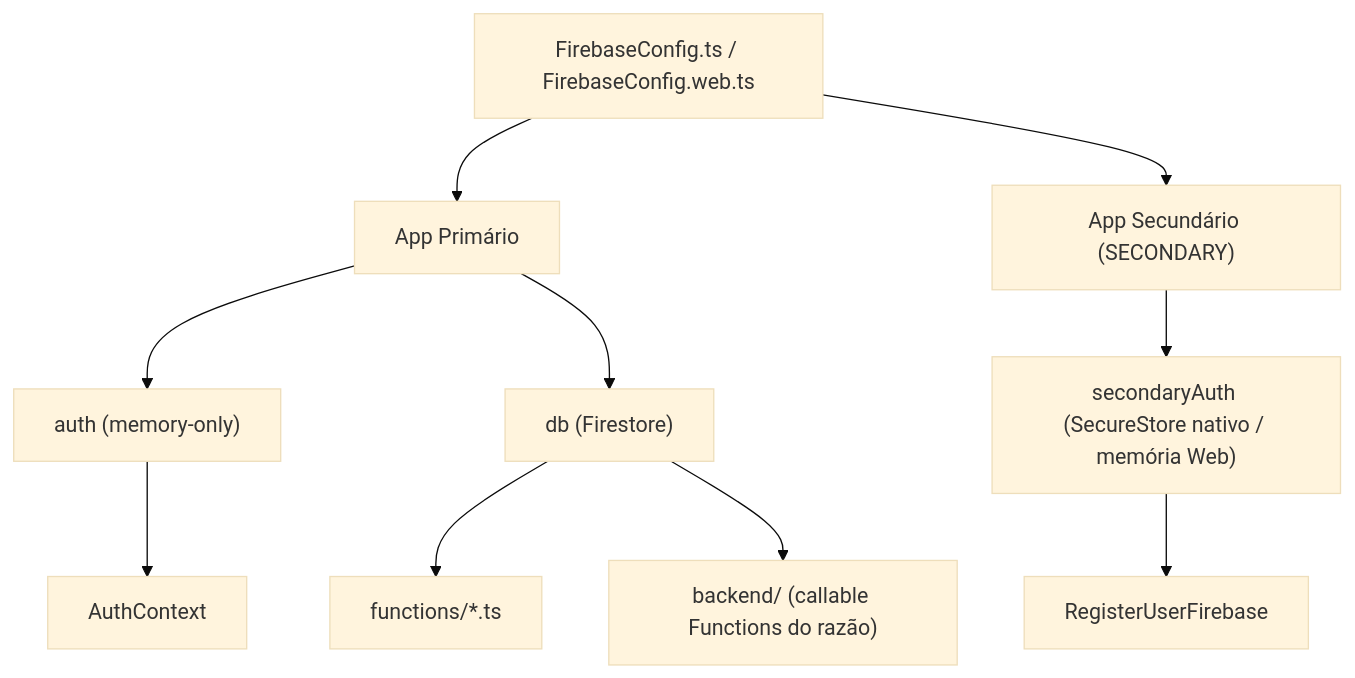
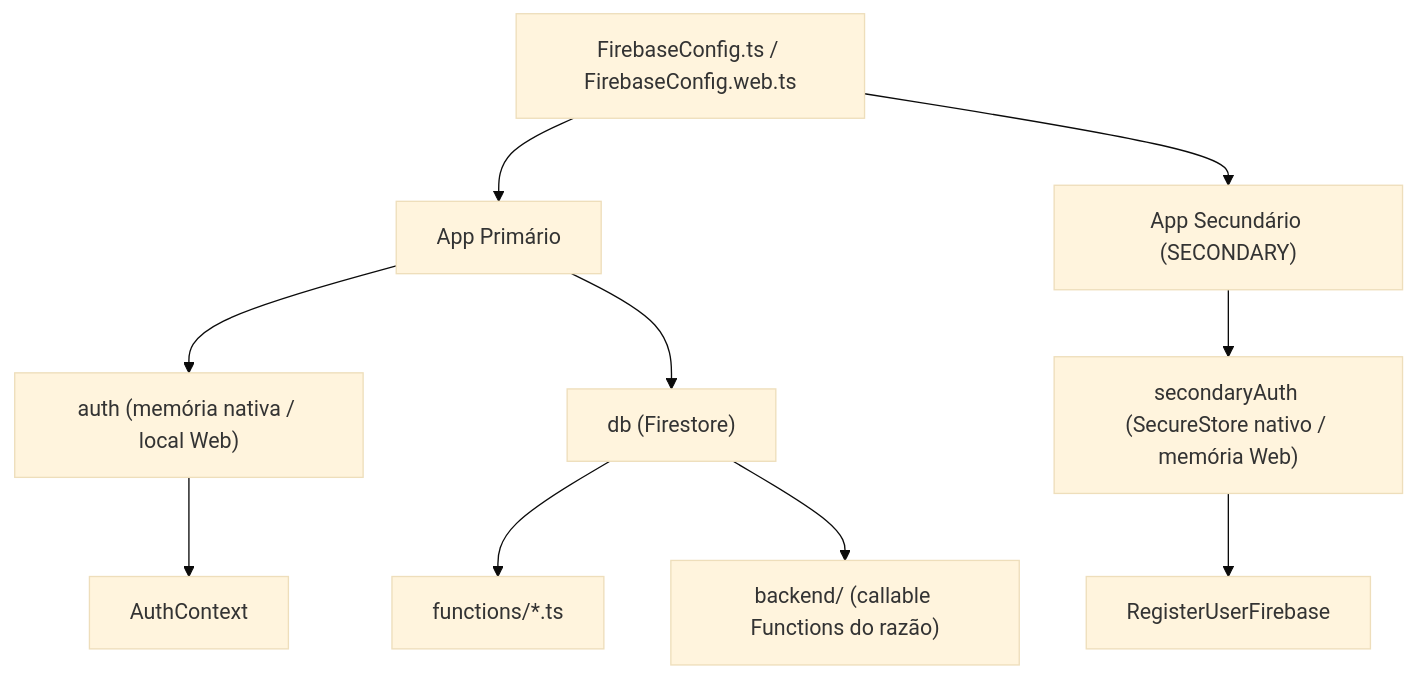
The diagram in Arquitetura/Firebase Config.md (gabrielmazz/finances-app), drawn with Mermaid (base theme) before and after one commit. The commit also changed other lines of this file and 25 other files, not shown here.

````diff
--- a/Arquitetura/Firebase Config.md
+++ b/Arquitetura/Firebase Config.md
@@ -15,12 +15,12 @@
 ```mermaid
 graph TD
     FC[FirebaseConfig.ts / FirebaseConfig.web.ts] --> PA[App Primário]
     FC --> SA["App Secundário (SECONDARY)"]
-    PA --> AUTH["auth (memory-only)"]
+    PA --> AUTH["auth (memória nativa / local Web)"]
     PA --> DB["db (Firestore)"]
     SA --> SAUTH["secondaryAuth (SecureStore nativo / memória Web)"]
     AUTH --> AC[AuthContext]
 DB --> FN["functions/*.ts"]
 DB --> CF["backend/ (callable Functions do razão)"]
     SAUTH --> RU[RegisterUserFirebase]
 ```
````
